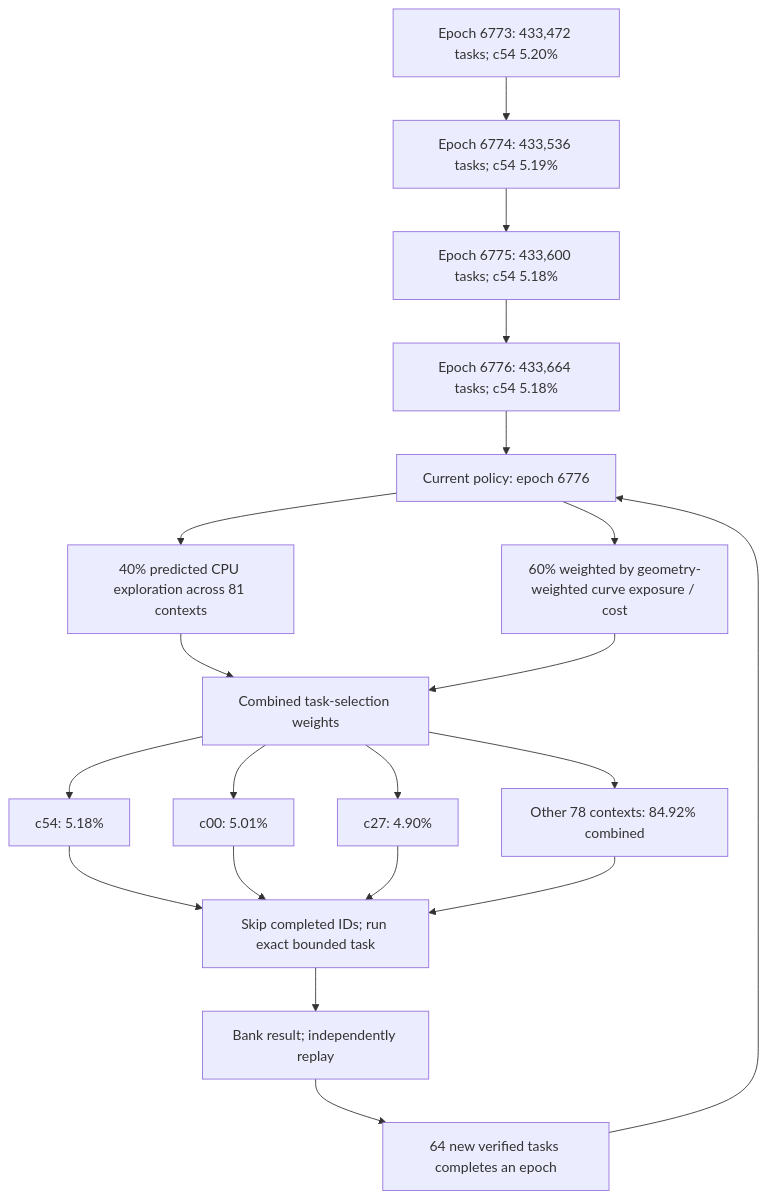
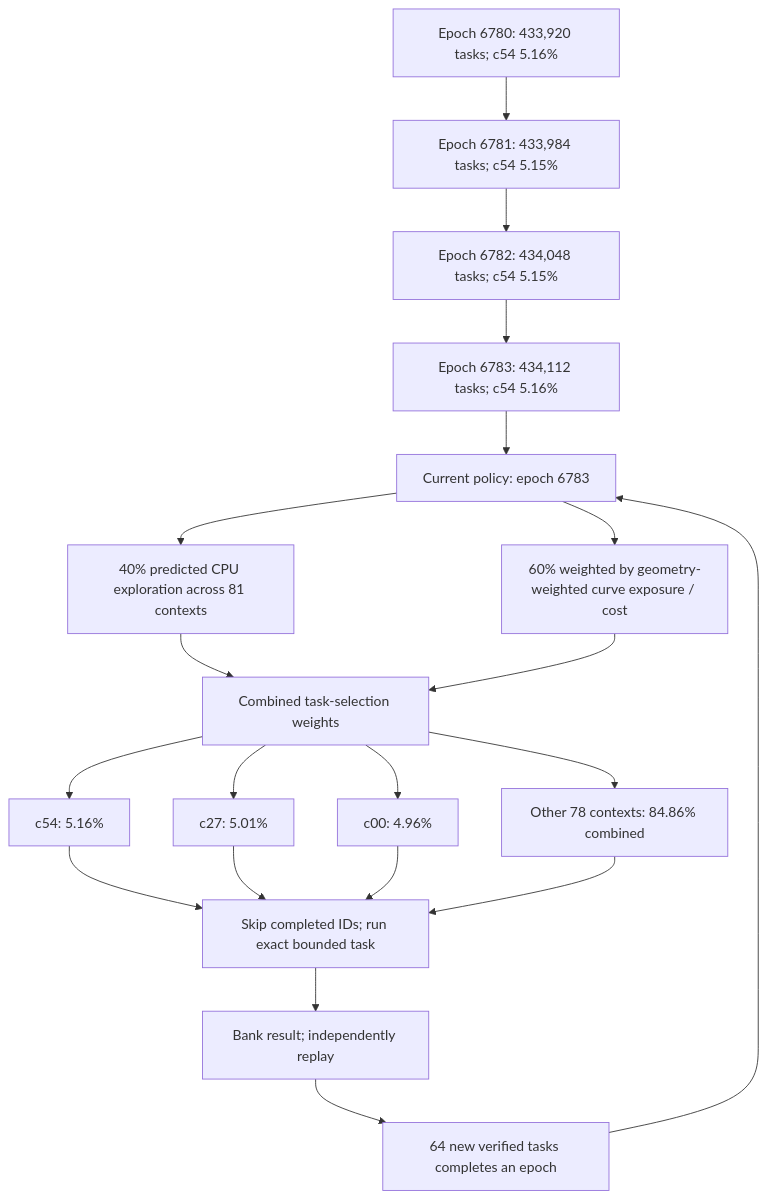
The first of 4 diagrams in README.md (Kuberwastaken/math-gambling), drawn with Mermaid before and after one commit. The commit also changed other lines of this file and 1959 other files, not shown here.

````diff
--- a/README.md
+++ b/README.md
@@ -60,27 +60,27 @@
 ```mermaid
 flowchart TD
-    H0["Epoch 6773: 433,472 tasks; c54 5.20%"]
-    H1["Epoch 6774: 433,536 tasks; c54 5.19%"]
+    H0["Epoch 6780: 433,920 tasks; c54 5.16%"]
+    H1["Epoch 6781: 433,984 tasks; c54 5.15%"]
     H0 --> H1
-    H2["Epoch 6775: 433,600 tasks; c54 5.18%"]
+    H2["Epoch 6782: 434,048 tasks; c54 5.15%"]
     H1 --> H2
-    H3["Epoch 6776: 433,664 tasks; c54 5.18%"]
+    H3["Epoch 6783: 434,112 tasks; c54 5.16%"]
     H2 --> H3
-    Policy["Current policy: epoch 6776"]
+    Policy["Current policy: epoch 6783"]
     H3 --> Policy
     Policy --> Explore["40% predicted CPU exploration across 81 contexts"]
     Policy --> Cost["60% weighted by geometry-weighted curve exposure / cost"]
     Explore --> Mix["Combined task-selection weights"]
     Cost --> Mix
-    Mix --> C0["c54: 5.18%"]
-    Mix --> C1["c00: 5.01%"]
-    Mix --> C2["c27: 4.90%"]
-    Mix --> Rest["Other 78 contexts: 84.92% combined"]
+    Mix --> C0["c54: 5.16%"]
+    Mix --> C1["c27: 5.01%"]
+    Mix --> C2["c00: 4.96%"]
+    Mix --> Rest["Other 78 contexts: 84.86% combined"]
     C0 --> Check["Skip completed IDs; run exact bounded task"]
     C1 --> Check
     C2 --> Check
     Rest --> Check
     Check --> Replay["Bank result; independently replay"]
     Replay --> Gate["64 new verified tasks completes an epoch"]
     Gate --> Policy
 ```
````
